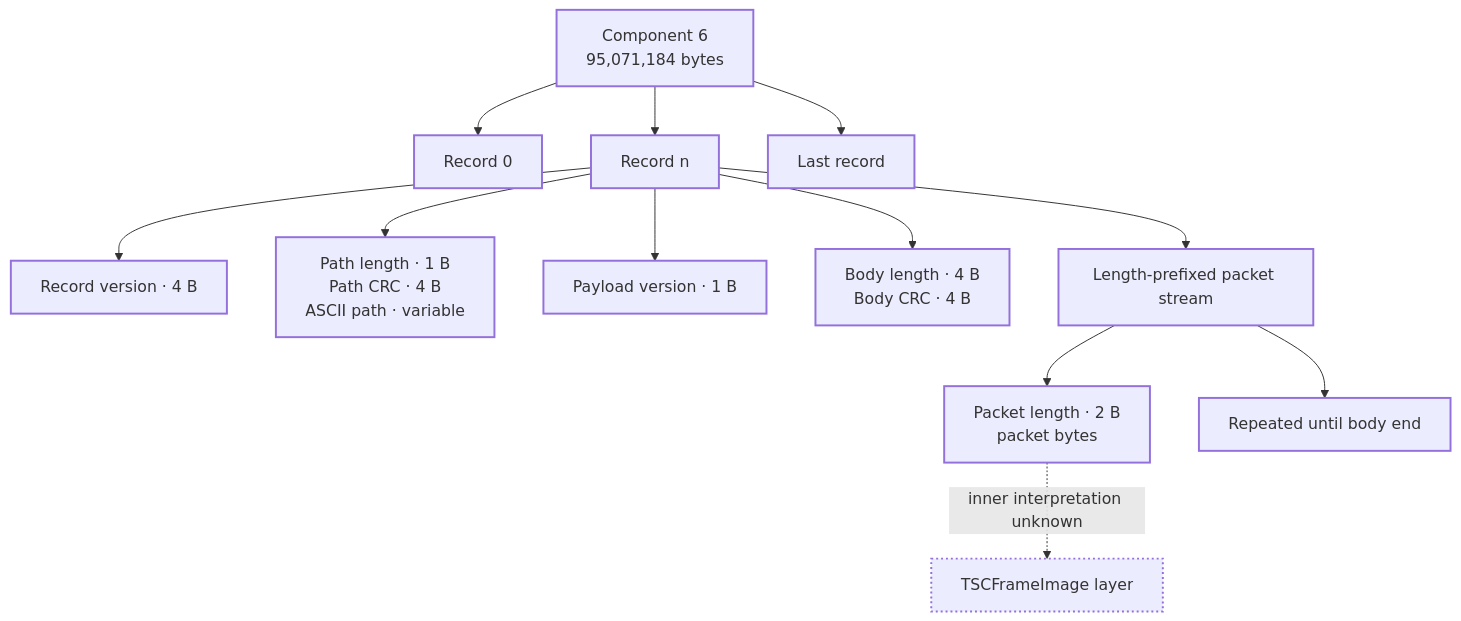
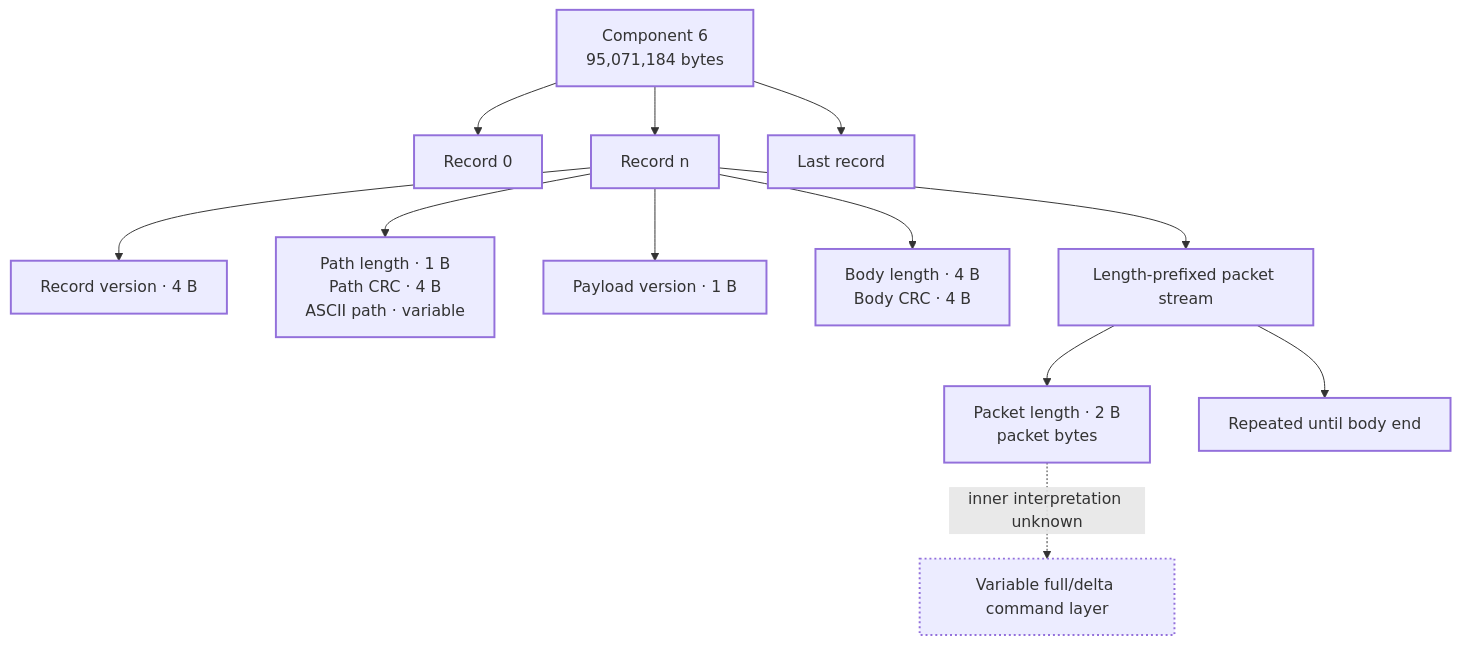
The fourth of 5 diagrams in docs/architecture.md (Just-Nova23/Xiaomi-Watch-S1-Active-Modding), drawn with Mermaid before and after one commit. The commit also changed other lines of this file and 16 other files, not shown here.

Commit message:
Decode TSCFrameImage format and add tooling

````diff
--- a/docs/architecture.md
+++ b/docs/architecture.md
@@ -108,19 +121,19 @@
 ```mermaid
 flowchart TB
   C6[Component 6<br/>95,071,184 bytes] --> R1[Record 0]
   C6 --> RN[Record n]
   C6 --> RL[Last record]
   RN --> RV[Record version · 4 B]
   RN --> PATH[Path length · 1 B<br/>Path CRC · 4 B<br/>ASCII path · variable]
   RN --> PV[Payload version · 1 B]
   RN --> PL[Body length · 4 B<br/>Body CRC · 4 B]
   RN --> STREAM[Length-prefixed packet stream]
   STREAM --> P0[Packet length · 2 B<br/>packet bytes]
   STREAM --> PX[Repeated until body end]
-  P0 -. inner interpretation unknown .-> TSC[TSCFrameImage layer]
+  P0 -. inner interpretation unknown .-> CMD[Variable full/delta command layer]
 
   classDef observed stroke-width:2px;
   classDef unknown stroke-width:2px,stroke-dasharray:2 3;
   class C6,R1,RN,RL,RV,PATH,PV,PL,STREAM,P0,PX observed;
-  class TSC unknown;
+  class CMD unknown;
 ```
````
